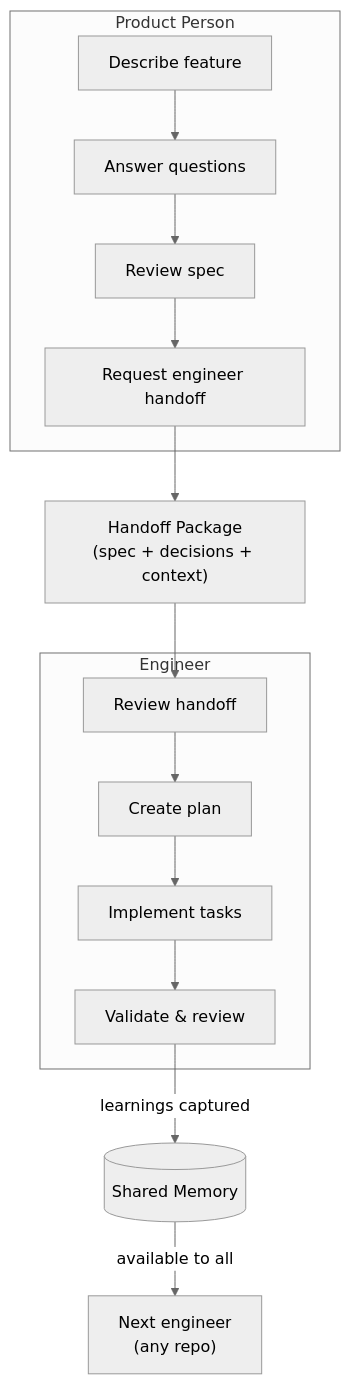
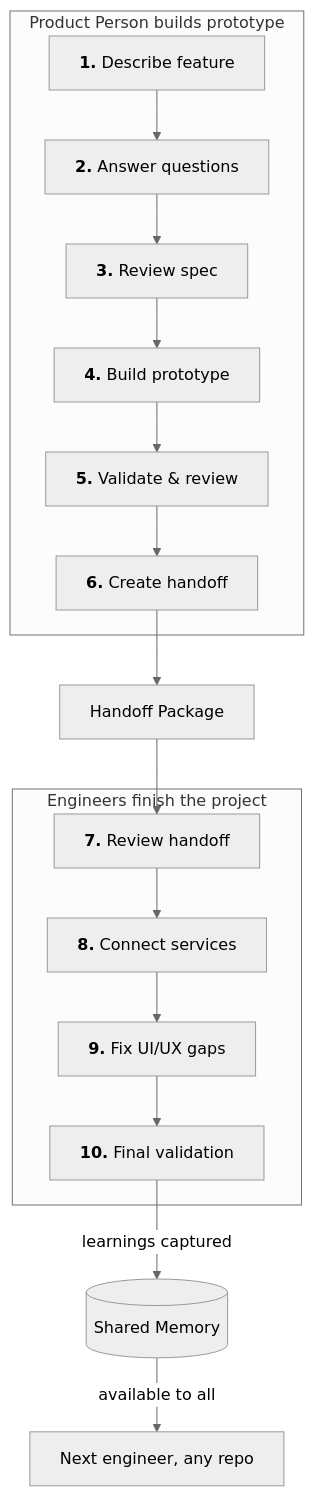
Before and after one commit to araserel/sigil-os: the second of 4 diagrams in prism-plugin/docs/multi-team-workflow.md, drawn with Mermaid (neutral theme). The commit also changed other lines of this file and 1 other file, not shown here.

First line of the commit message:
docs: Fix diagram rendering and update product person workflow

````diff
--- a/prism-plugin/docs/multi-team-workflow.md
+++ b/prism-plugin/docs/multi-team-workflow.md
@@ -50,21 +50,27 @@
 ```mermaid
 flowchart TD
-    subgraph Product["Product Person"]
-        P1["Describe feature"] --> P2["Answer questions"]
-        P2 --> P3["Review spec"]
-        P3 --> P4["Request engineer handoff"]
+    subgraph Product["Product Person builds prototype"]
+        P1["`**1.** Describe feature`"]
+        P2["`**2.** Answer questions`"]
+        P3["`**3.** Review spec`"]
+        P4["`**4.** Build prototype`"]
+        P5["`**5.** Validate & review`"]
+        P6["`**6.** Create handoff`"]
+        P1 --> P2 --> P3 --> P4 --> P5 --> P6
     end
 
-    P4 --> HP["Handoff Package\n(spec + decisions + context)"]
+    P6 --> HP["Handoff Package"]
 
-    subgraph Engineering["Engineer"]
-        E1["Review handoff"] --> E2["Create plan"]
-        E2 --> E3["Implement tasks"]
-        E3 --> E4["Validate & review"]
+    subgraph Engineering["Engineers finish the project"]
+        E1["`**7.** Review handoff`"]
+        E2["`**8.** Connect services`"]
+        E3["`**9.** Fix UI/UX gaps`"]
+        E4["`**10.** Final validation`"]
+        E1 --> E2 --> E3 --> E4
     end
 
     HP --> E1
 
     E4 -->|"learnings captured"| DB2[("Shared Memory")]
-    DB2 -->|"available to all"| E5["Next engineer\n(any repo)"]
+    DB2 -->|"available to all"| E5["Next engineer, any repo"]
 ```
````
